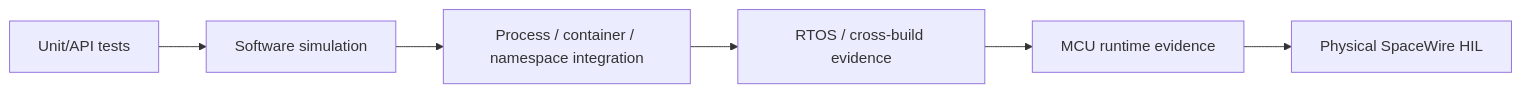
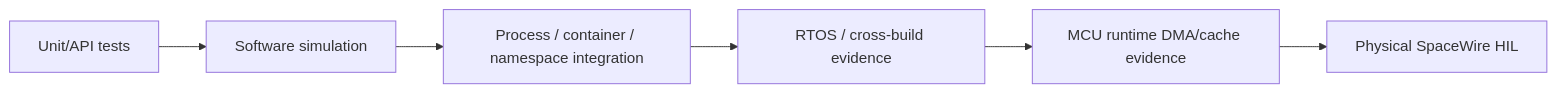
One commit to ExoSpaceLabs/spwkit changed the ninth of 9 diagrams in docs/architecture.md. Above: the diagram before and after it, drawn with Mermaid. The commit also changed other lines of this file, not shown here.

Commit message:
docs(spwkit): clarify architecture evidence boundaries

````diff
--- a/docs/architecture.md
+++ b/docs/architecture.md
@@ -158,8 +159,8 @@
 ```mermaid
 flowchart LR
     UNIT[Unit/API tests] --> SIM[Software simulation]
     SIM --> PROC[Process / container / namespace integration]
     PROC --> RTOS[RTOS / cross-build evidence]
-    RTOS --> MCU[MCU runtime evidence]
+    RTOS --> MCU[MCU runtime DMA/cache evidence]
     MCU --> HIL[Physical SpaceWire HIL]
 ```
````
